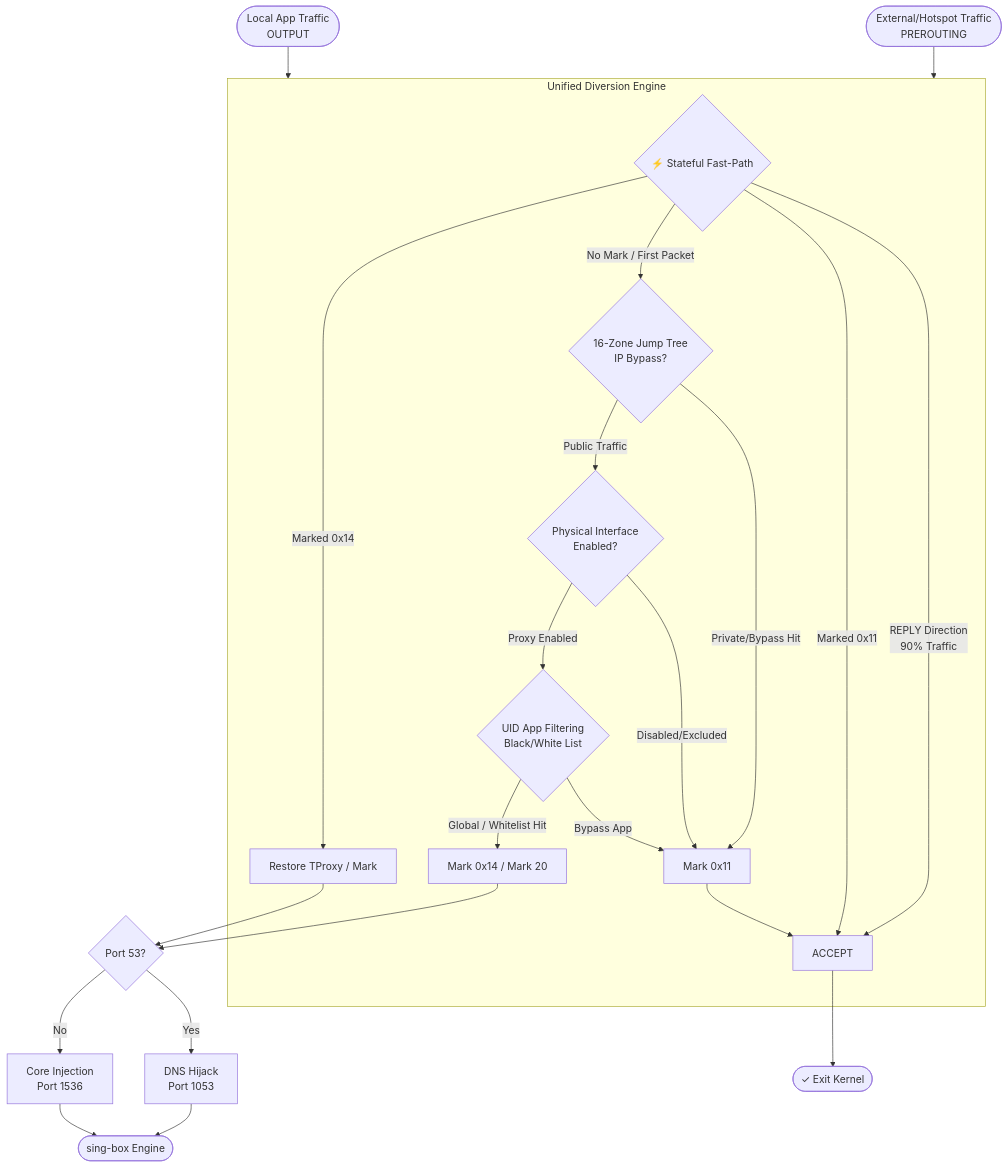
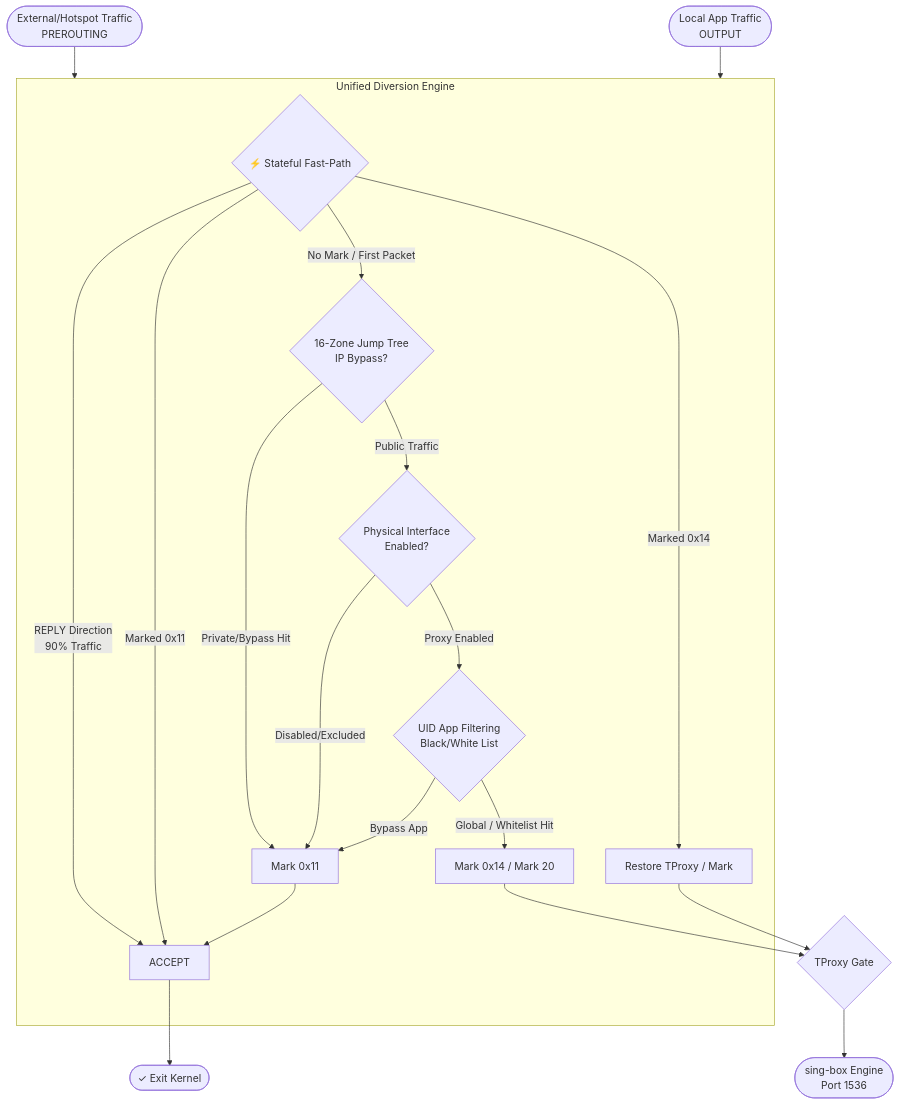
One commit to Chth1z/Flux changed the second of 2 diagrams in README.md. Above: the diagram before and after it, drawn with Mermaid. The commit also changed other lines of this file and 13 other files, not shown here.

````diff
--- a/README.md
+++ b/README.md
@@ -120,41 +118,37 @@
 ```mermaid
 graph TD
     %% Entry Points
     In_Pre([External/Hotspot Traffic<br/>PREROUTING]) --> Common
     In_Out([Local App Traffic<br/>OUTPUT]) --> Common
 
     subgraph Common [Unified Diversion Engine]
         %% Layer 1: ⚡ Fast-Path
         Fast{⚡ Stateful Fast-Path}
         
         Fast -->|REPLY Direction<br/>90% Traffic| ACCEPT
         Fast -->|Marked 0x11| ACCEPT
         Fast -->|Marked 0x14| Recovery[Restore TProxy / Mark]
 
         %% Layer 2: 🐢 Decision Path (New Conn)
         Fast -- "No Mark / First Packet" --> IP_Jump{16-Zone Jump Tree<br/>IP Bypass?}
         
         IP_Jump -->|Private/Bypass Hit| Set_Bypass[Mark 0x11]
         
         IP_Jump -- "Public Traffic" --> Iface{Physical Interface<br/>Enabled?}
         
         Iface -->|Disabled/Excluded| Set_Bypass
         
         Iface -- "Proxy Enabled" --> App{UID App Filtering<br/>Black/White List}
         
         App -->|Bypass App| Set_Bypass
         App -->|Global / Whitelist Hit| Set_Proxy[Mark 0x14 / Mark 20]
     end
 
     %% Exit Points
     Set_Bypass --> ACCEPT
-    Set_Proxy --> DNS{Port 53?}
-    Recovery --> DNS
+    Set_Proxy --> Gate{TProxy Gate}
+    Recovery --> Gate
 
-    DNS -->|Yes| Hijack[DNS Hijack<br/>Port 1053]
-    DNS -->|No| Final[Core Injection<br/>Port 1536]
-
-    Hijack --> Sink([sing-box Engine])
-    Final --> Sink
+    Gate --> Sink([sing-box Engine<br/>Port 1536])
     ACCEPT --> End([✓ Exit Kernel])
 ```
````
